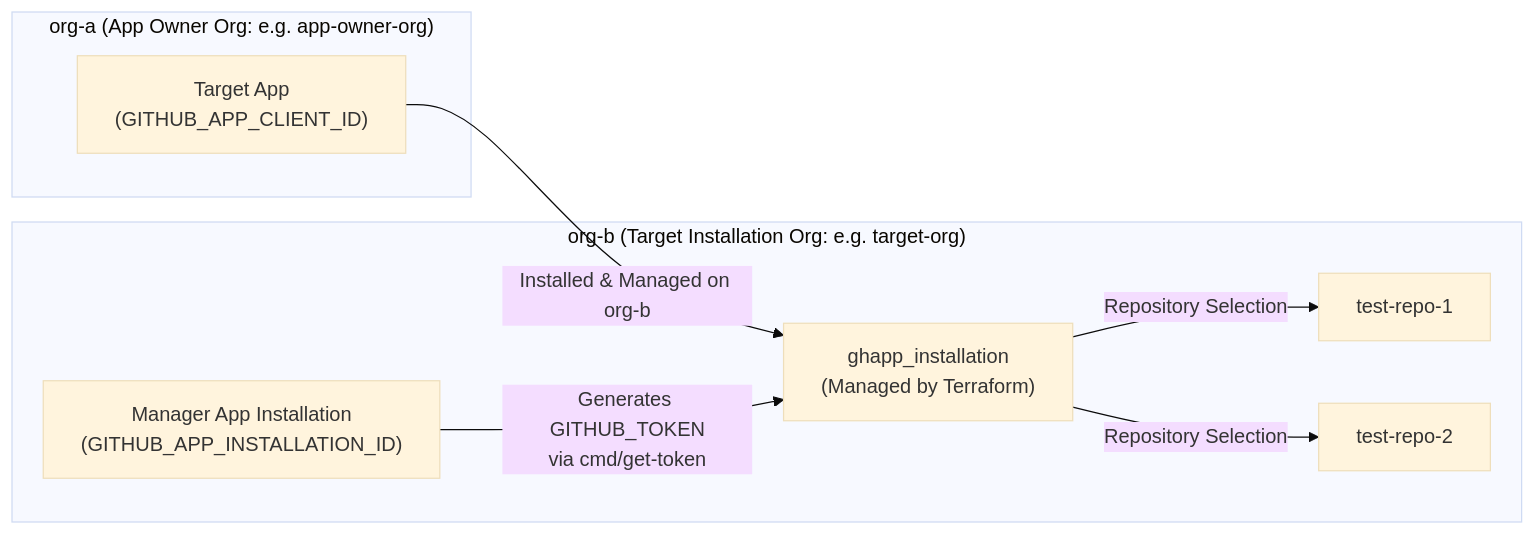
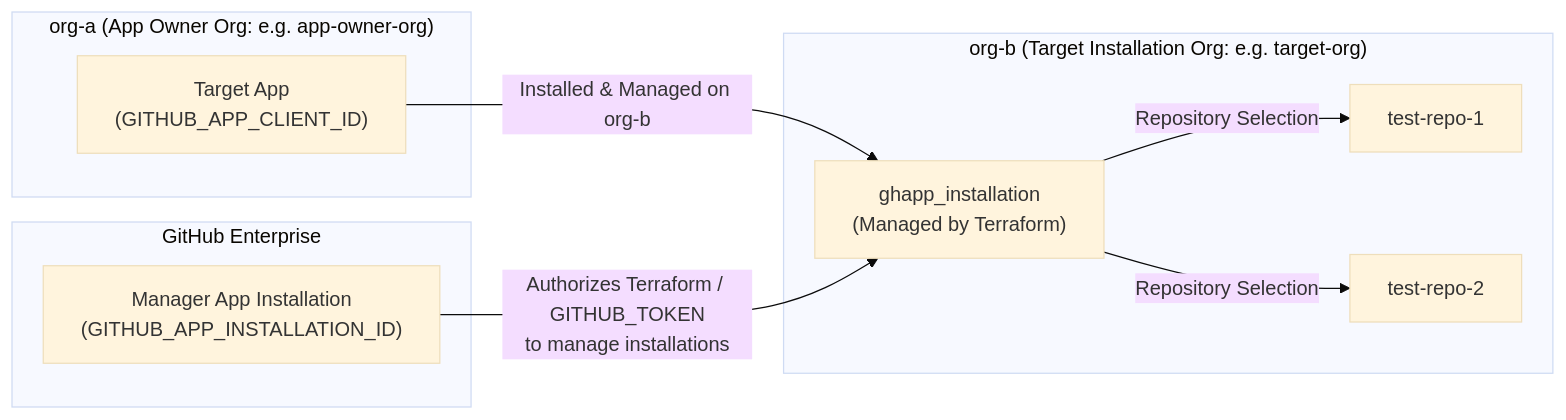
Before and after one commit to google/terraform-provider-gh-app-unofficial: the diagram in DEVELOPMENT.md, drawn with Mermaid (base theme). The commit also changed other lines of this file and 1 other file, not shown here.

Commit message:
fix: update manager app onboarding and key file validation

````diff
--- a/DEVELOPMENT.md
+++ b/DEVELOPMENT.md
@@ -30,18 +30,21 @@
 ```mermaid
 graph LR
     subgraph ORG_A ["org-a (App Owner Org: e.g. app-owner-org)"]
         T_APP["Target App<br/>(GITHUB_APP_CLIENT_ID)"]
     end
 
+    subgraph ENT ["GitHub Enterprise"]
+        M_INST["Manager App Installation<br/>(GITHUB_APP_INSTALLATION_ID)"]
+    end
+
     subgraph ORG_B ["org-b (Target Installation Org: e.g. target-org)"]
         INST["ghapp_installation<br/>(Managed by Terraform)"]
         TR1["test-repo-1"]
         TR2["test-repo-2"]
-        M_INST["Manager App Installation<br/>(GITHUB_APP_INSTALLATION_ID)"]
     end
 
     T_APP -->|"Installed & Managed on org-b"| INST
     INST -->|"Repository Selection"| TR1
     INST -->|"Repository Selection"| TR2
-    M_INST -->|"Generates GITHUB_TOKEN<br/>via cmd/get-token"| INST
+    M_INST -->|"Authorizes Terraform / GITHUB_TOKEN<br/>to manage installations"| INST
 ```
````
